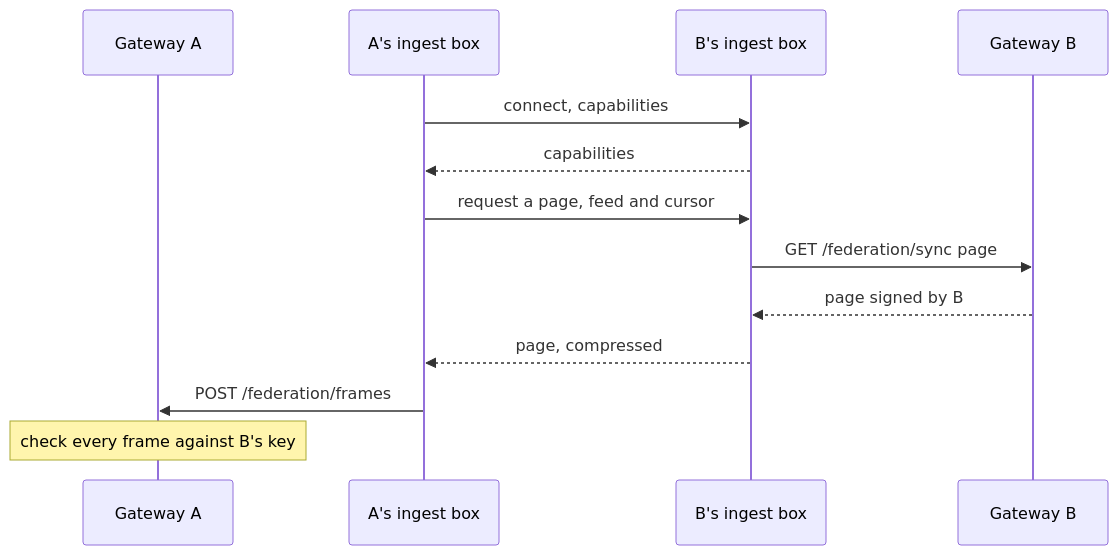
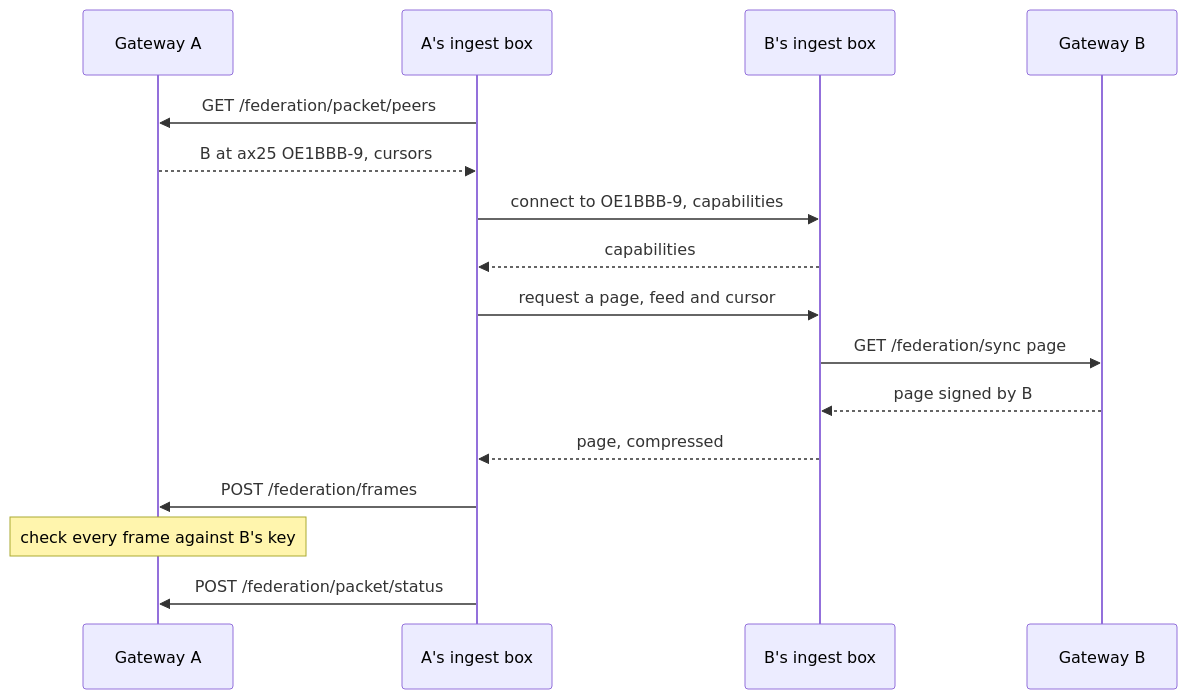
The sixth of 7 diagrams in docs/run/federation/transports.md (apachler/aprscaching), drawn with Mermaid before and after one commit. The commit also changed other lines of this file and 30 other files, not shown here.

First line of the commit message:
feat(federation): pull-sync over packet circuits, served and dialled by the ingest box (#336)

````diff
--- a/docs/run/federation/transports.md
+++ b/docs/run/federation/transports.md
@@ -265,15 +269,18 @@
 ```mermaid
 sequenceDiagram
   participant G1 as Gateway A
   participant I1 as A's ingest box
   participant I2 as B's ingest box
   participant G2 as Gateway B
-  I1->>I2: connect, capabilities
+  I1->>G1: GET /federation/packet/peers
+  G1-->>I1: B at ax25 OE1BBB-9, cursors
+  I1->>I2: connect to OE1BBB-9, capabilities
   I2-->>I1: capabilities
   I1->>I2: request a page, feed and cursor
   I2->>G2: GET /federation/sync page
   G2-->>I2: page signed by B
   I2-->>I1: page, compressed
   I1->>G1: POST /federation/frames
   Note over G1: check every frame against B's key
+  I1->>G1: POST /federation/packet/status
 ```
````
